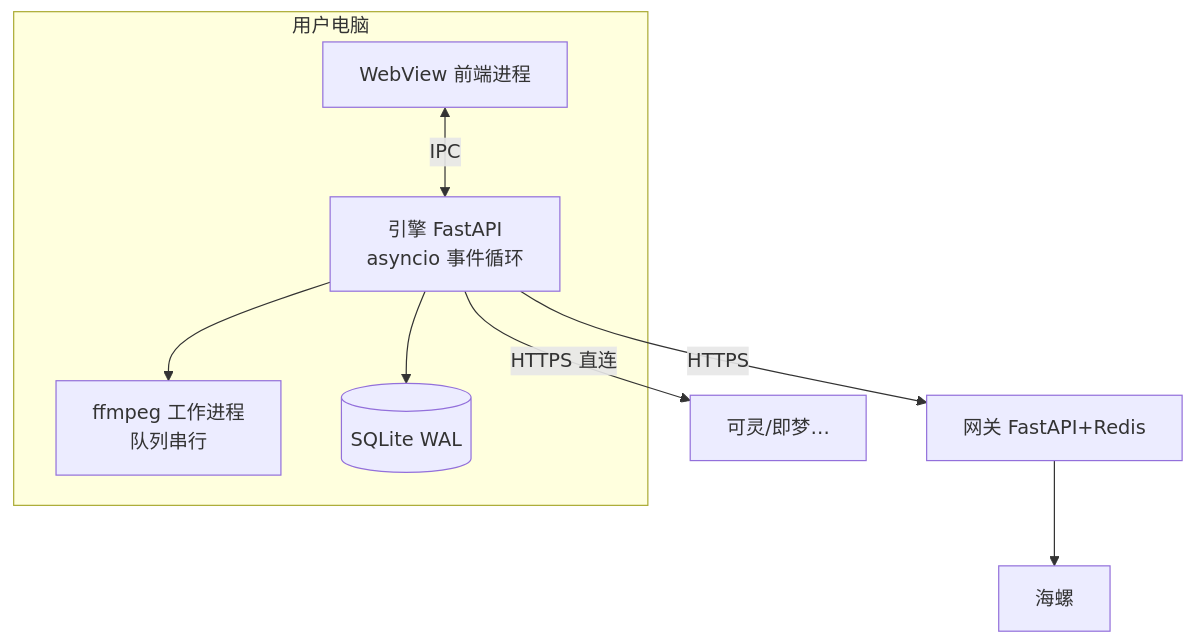
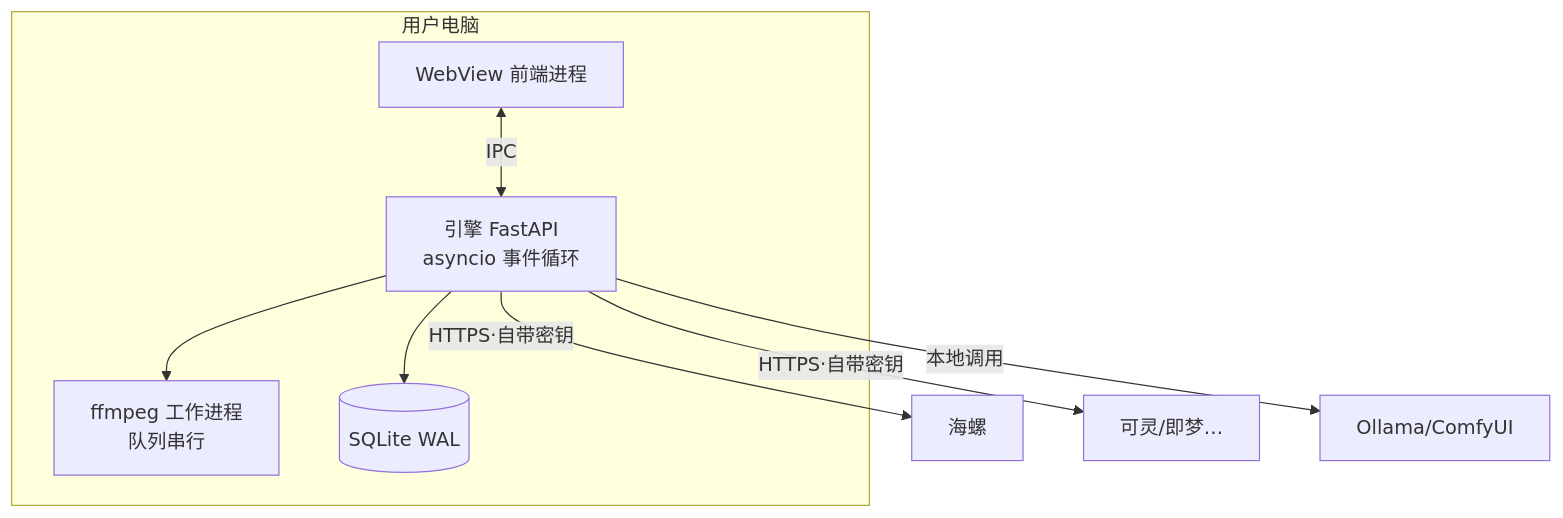
The fifth of 9 diagrams in docs/鲸鲨漫剧-系统设计方案-合订本-v3.1.md (kujirashark/WhaleJu), drawn with Mermaid before and after one commit. The commit also changed other lines of this file and 98 other files, not shown here.

````diff
--- a/docs/鲸鲨漫剧-系统设计方案-合订本-v3.1.md
+++ b/docs/鲸鲨漫剧-系统设计方案-合订本-v3.1.md
@@ -143,10 +141,11 @@
 ```mermaid
 flowchart TB
     subgraph PC[用户电脑]
         WV[WebView 前端进程] <-->|IPC| EN[引擎 FastAPI<br/>asyncio 事件循环]
         EN --> FF[ffmpeg 工作进程<br/>队列串行]
         EN --> DB[(SQLite WAL)]
     end
-    EN -->|HTTPS| GW[网关 FastAPI+Redis] --> V1[海螺]
-    EN -->|HTTPS 直连| V2[可灵/即梦…]
+    EN -->|HTTPS·自带密钥| V1[海螺]
+    EN -->|HTTPS·自带密钥| V2[可灵/即梦…]
+    EN -->|本地调用| V3[Ollama/ComfyUI]
 ```
````
